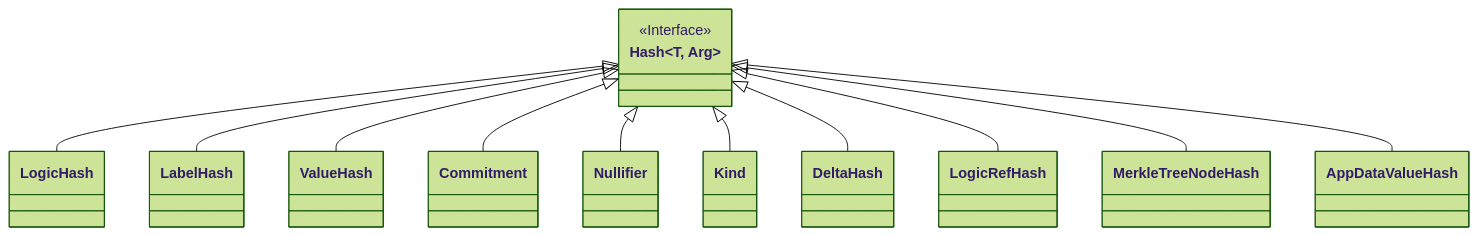
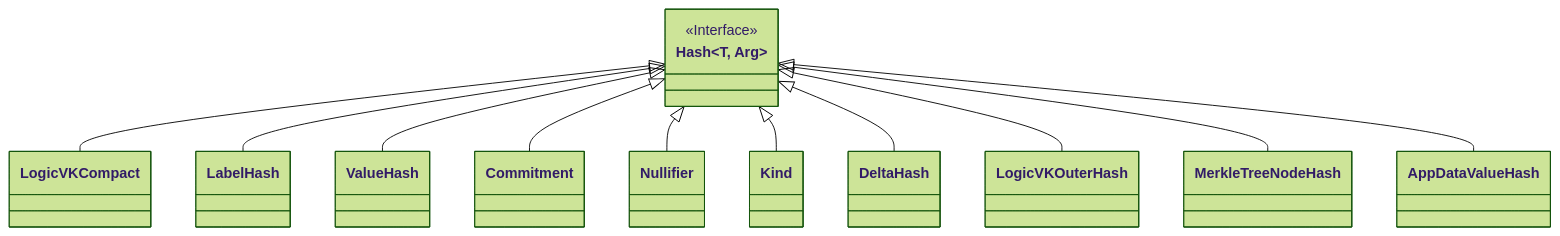
The diagram in docs/arch/system/state/resource_machine/primitive_interfaces/fixed_size_type/hash.juvix.md (anoma/nspec), drawn with Mermaid (forest theme) before and after one commit. The commit also changed other lines of this file and 14 other files, not shown here.

````diff
--- a/docs/arch/system/state/resource_machine/primitive_interfaces/fixed_size_type/hash.juvix.md
+++ b/docs/arch/system/state/resource_machine/primitive_interfaces/fixed_size_type/hash.juvix.md
@@ -29,22 +26,22 @@
 ```mermaid
 
 classDiagram
 
     class Hash~T, Arg~ {
          <<Interface>>
     }
 
-    Hash <|-- LogicHash
+    Hash <|-- LogicVKCompact
     Hash <|-- LabelHash
     Hash <|-- ValueHash
 
     Hash <|-- Commitment
     Hash <|-- Nullifier
     Hash <|-- Kind
     Hash <|-- DeltaHash
-    Hash <|-- LogicRefHash
+    Hash <|-- LogicVKOuterHash
     Hash <|-- MerkleTreeNodeHash
 
     Hash <|-- AppDataValueHash
 
 ```
````
